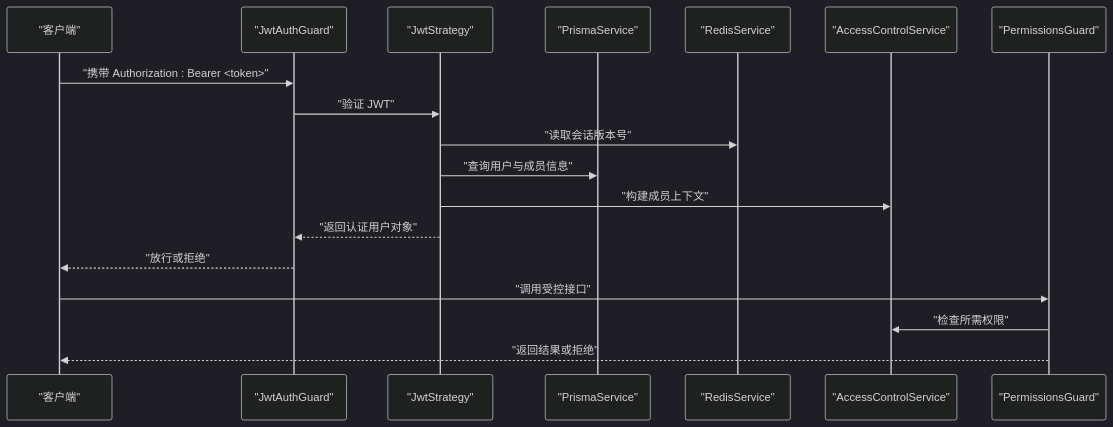
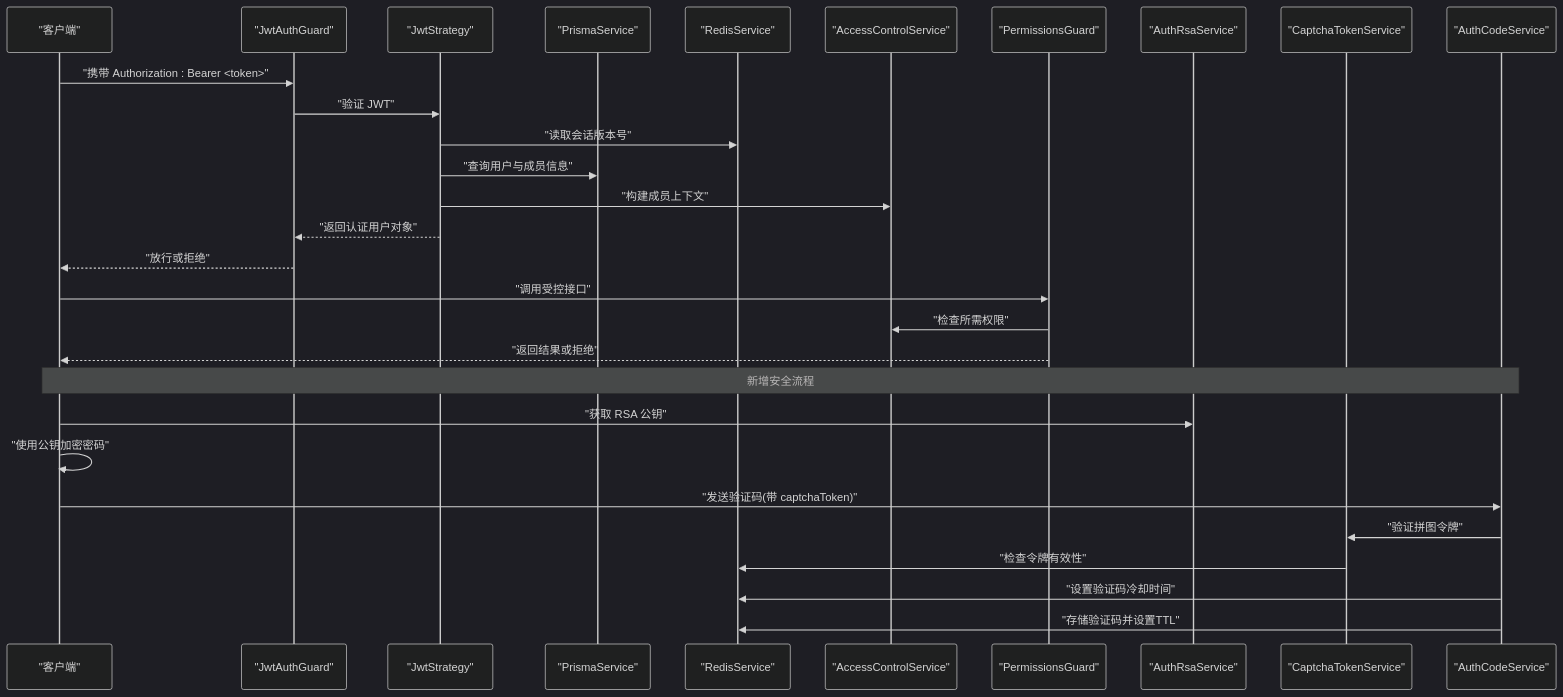
Before and after one commit to rc558620/purelyprofit-server: the second of 8 diagrams in .qoder/repowiki/zh/content/架构设计/安全架构.md, drawn with Mermaid (dark theme). The commit also changed other lines of this file and 25 other files, not shown here.

````diff
--- a/.qoder/repowiki/zh/content/架构设计/安全架构.md
+++ b/.qoder/repowiki/zh/content/架构设计/安全架构.md
@@ -144,20 +185,31 @@
 ```mermaid
 sequenceDiagram
 participant C as "客户端"
 participant G as "JwtAuthGuard"
 participant S as "JwtStrategy"
 participant P as "PrismaService"
 participant R as "RedisService"
 participant A as "AccessControlService"
 participant PG as "PermissionsGuard"
+participant ARSA as "AuthRsaService"
+participant CTS as "CaptchaTokenService"
+participant ACODE as "AuthCodeService"
 C->>G : "携带 Authorization : Bearer <token>"
 G->>S : "验证 JWT"
 S->>R : "读取会话版本号"
 S->>P : "查询用户与成员信息"
 S->>A : "构建成员上下文"
 S-->>G : "返回认证用户对象"
 G-->>C : "放行或拒绝"
 C->>PG : "调用受控接口"
 PG->>A : "检查所需权限"
 PG-->>C : "返回结果或拒绝"
+Note over C,ACODE : 新增安全流程
+C->>ARSA : "获取 RSA 公钥"
+C->>C : "使用公钥加密密码"
+C->>ACODE : "发送验证码(带 captchaToken)"
+ACODE->>CTS : "验证拼图令牌"
+CTS->>R : "检查令牌有效性"
+ACODE->>R : "设置验证码冷却时间"
+ACODE->>R : "存储验证码并设置TTL"
 ```
````
